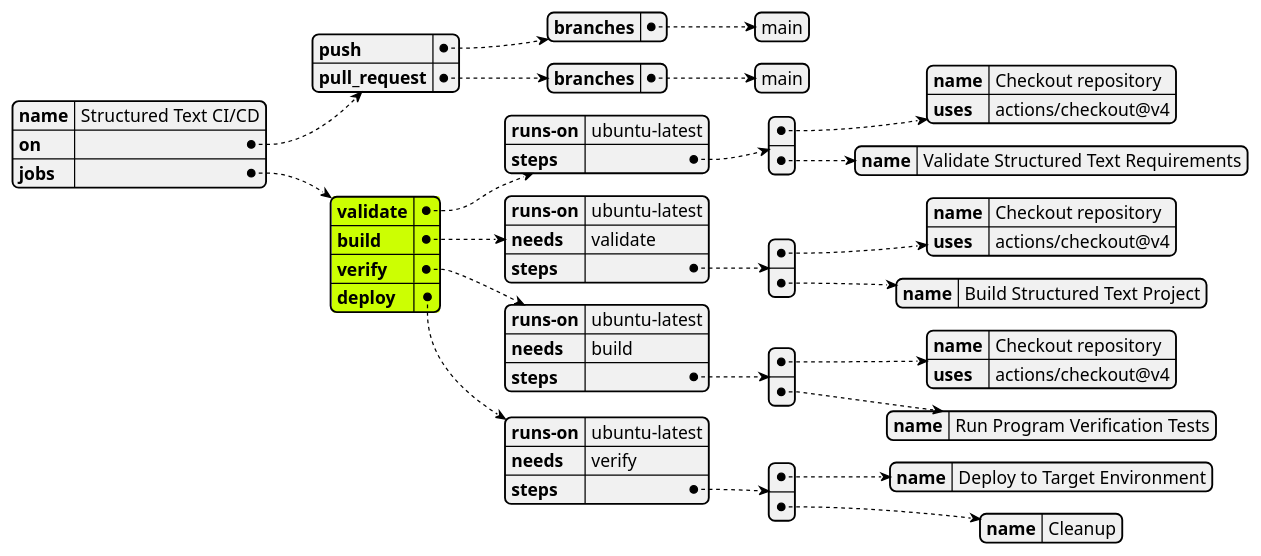
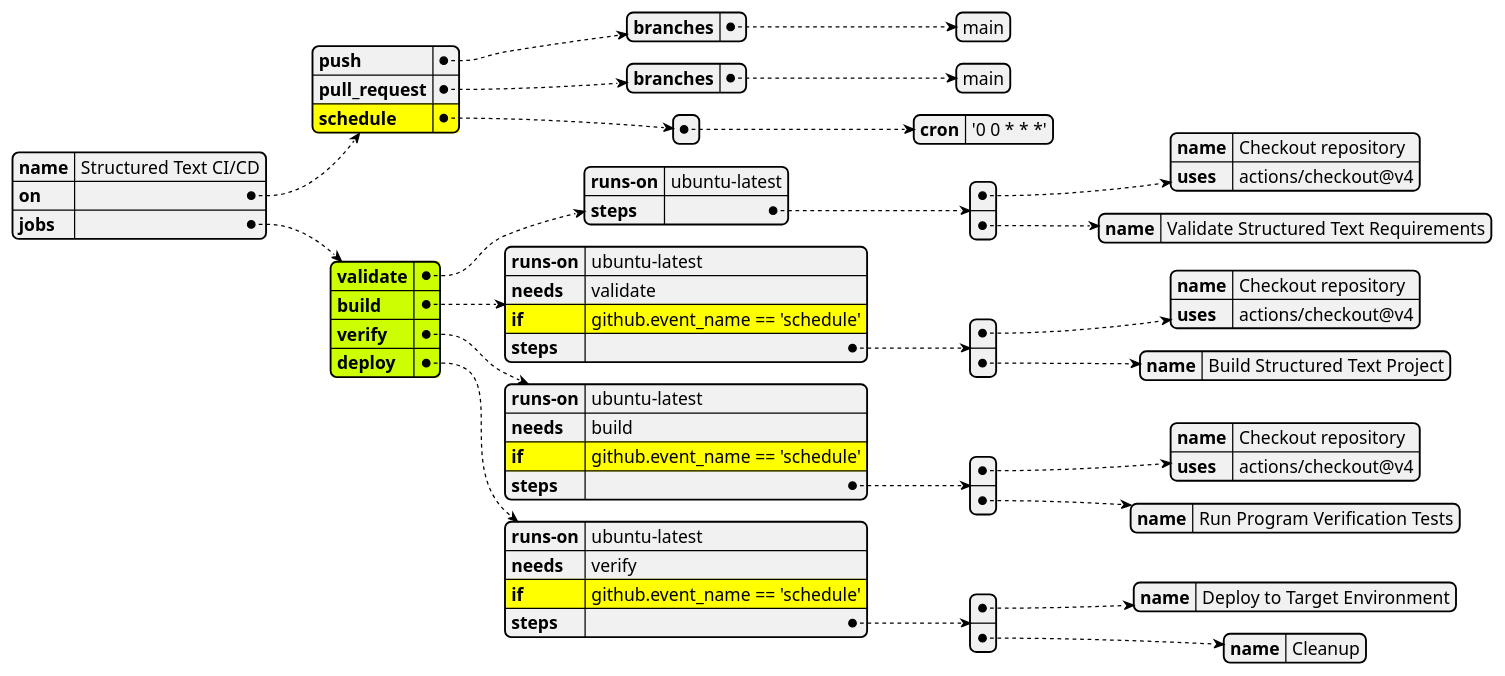
One commit to john-savill/plc_build_env changed the diagram in assets/process.wsd. Above: the diagram before and after it, drawn with PlantUML. The commit also changed 3 other files, not shown here.

Commit message:
updated diagram with schedule information, removed space in title

```diff
--- a/assets/process.wsd
+++ b/assets/process.wsd
@@ -1,53 +1,73 @@
-@startyaml *DRAFT* PLC build environment process
+@startyaml DRAFT PLC build environment process
+
+# style configuration # 
+
+<style>
+    .h1 {
+      BackGroundColor Yellow
+    }
+</style>
 
 #highlight "jobs" / "validate"
 #highlight "jobs" / "build"
 #highlight "jobs" / "verify"
 #highlight "jobs" / "deploy"
+
+#highlight "on" / "schedule" <<h1>>
+#highlight "jobs" / "build" / "if" <<h1>>
+#highlight "jobs" / "verify" / "if" <<h1>>
+#highlight "jobs" / "deploy" / "if" <<h1>>
+
+# style configuration # 
 
 name: Structured Text CI/CD
 
 on:
   push:
     branches:
       - main
   pull_request:
     branches:
       - main
+  schedule:
+    - cron: '0 0 * * *' 
 
 jobs:
   validate:
     runs-on: ubuntu-latest
     steps:
       - name: Checkout repository
         uses: actions/checkout@v4
 
       - name: Validate Structured Text Requirements
 
   build:
     runs-on: ubuntu-latest
     needs: validate
+    if: github.event_name == 'schedule' 
     steps:
       - name: Checkout repository
         uses: actions/checkout@v4
       
       - name: Build Structured Text Project
 
   verify:
     runs-on: ubuntu-latest
     needs: build
+    if: github.event_name == 'schedule'
     steps:
       - name: Checkout repository
         uses: actions/checkout@v4
         
       - name: Run Program Verification Tests
 
   deploy:
     runs-on: ubuntu-latest
-    needs: verify # Ensure deployment only runs if verification succeeds
+    needs: verify
+    if: github.event_name == 'schedule'
     steps:
       - name: Deploy to Target Environment
 
       - name: Cleanup
 
 @endyaml
```
